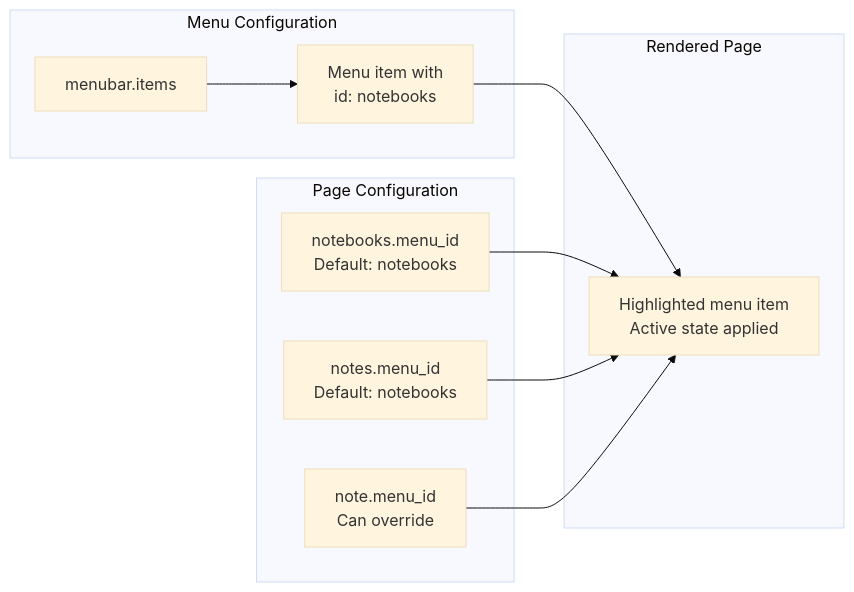
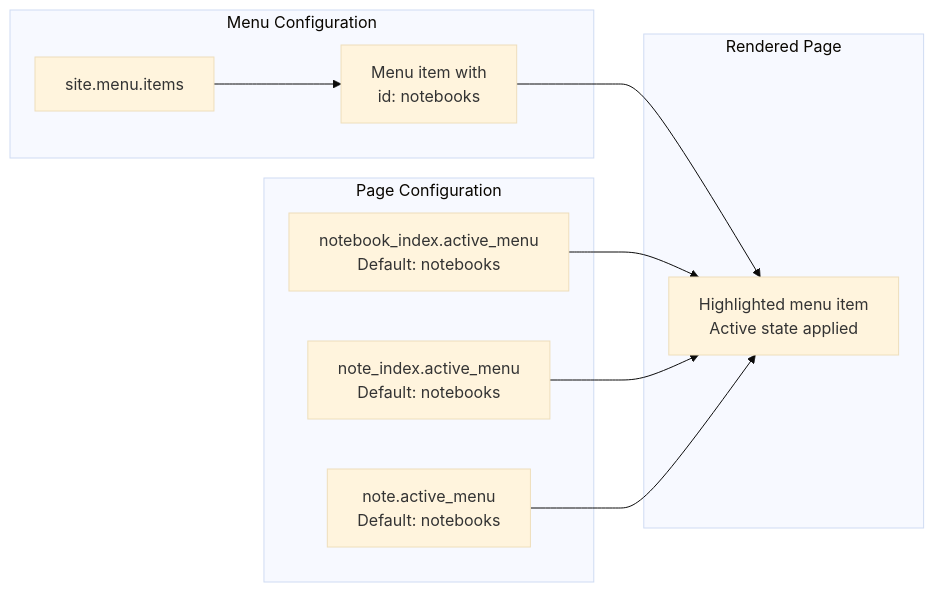
The sixth of 7 diagrams in docs/knowledge/03-内容系统/notebook-system.md (xaoxuu/hexo-theme-stellar), drawn with Mermaid (base theme) before and after one commit. The commit also changed other lines of this file and 60 other files, not shown here.

````diff
--- a/docs/knowledge/03-内容系统/notebook-system.md
+++ b/docs/knowledge/03-内容系统/notebook-system.md
@@ -389,24 +390,24 @@
 ```mermaid
 graph LR
     subgraph "Menu Configuration"
-        MENUBAR["menubar.items"]
+        MENUBAR["site.menu.items"]
         ITEM["Menu item with<br/>id: notebooks"]
     end
     
     subgraph "Page Configuration"
-        NB_MENU["notebooks.menu_id<br/>Default: notebooks"]
-        NT_MENU["notes.menu_id<br/>Default: notebooks"]
-        N_MENU["note.menu_id<br/>Can override"]
+        NB_MENU["notebook_index.active_menu<br/>Default: notebooks"]
+        NT_MENU["note_index.active_menu<br/>Default: notebooks"]
+        N_MENU["note.active_menu<br/>Default: notebooks"]
     end
     
     subgraph "Rendered Page"
         HIGHLIGHT["Highlighted menu item<br/>Active state applied"]
     end
     
     MENUBAR --> ITEM
     ITEM --> HIGHLIGHT
     
     NB_MENU --> HIGHLIGHT
     NT_MENU --> HIGHLIGHT
     N_MENU --> HIGHLIGHT
 ```
````
